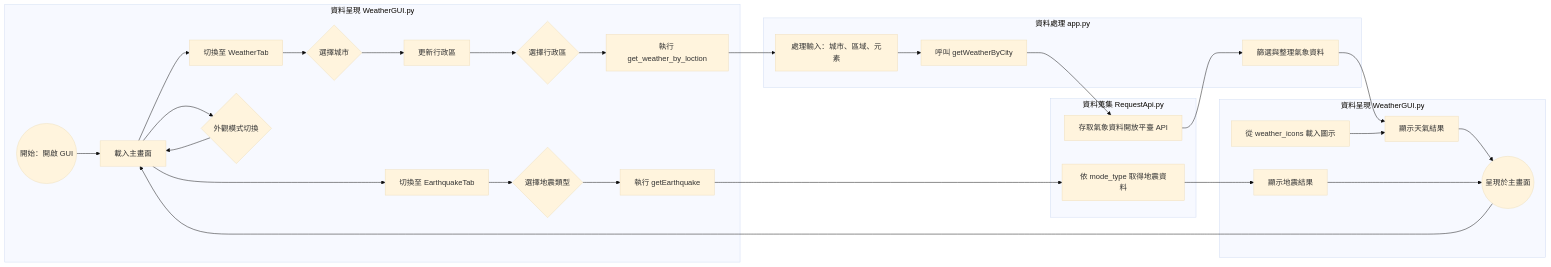
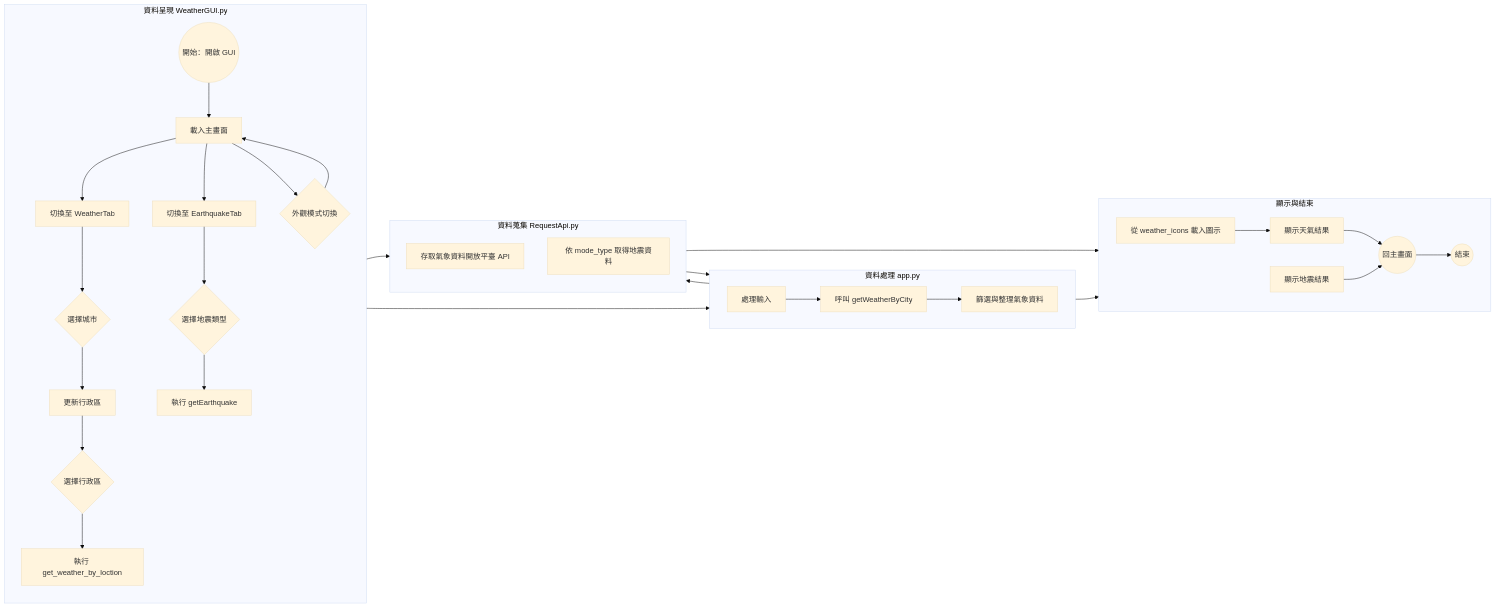
Before and after one commit to The-Hermit-IndieGames/NOU_Python_113-2_Meteorological: the diagram in README.md, drawn with Mermaid (base theme).

Commit message:
流程圖test2

````diff
--- a/README.md
+++ b/README.md
@@ -5,49 +5,53 @@
  ```mermaid
 flowchart LR
     %% 起點
     A((開始：開啟 GUI))
 
-    %% GUI 模組
-    subgraph 資料呈現 WeatherGUI.py
+    %% GUI 模組 - 垂直呈現
+    subgraph WeatherGUI.py[資料呈現 WeatherGUI.py]
+        direction TB
         A --> B[載入主畫面]
         B --> C[切換至 WeatherTab]
         B --> D[切換至 EarthquakeTab]
         B --> Z{外觀模式切換}
         Z --> B
-        
-        %% 天氣流程
+
+        %% 天氣操作流程
         C --> E{選擇城市}
         E --> F[更新行政區]
         F --> G{選擇行政區}
         G --> H[執行 get_weather_by_loction]
 
-        %% 地震流程
+        %% 地震操作流程
         D --> I{選擇地震類型}
         I --> J[執行 getEarthquake]
     end
 
-    %% 資料處理模組
-    subgraph 資料處理 app.py
-        H --> K[處理輸入：城市、區域、元素]
+    %% app.py 模組 - 水平排列
+    subgraph app.py[資料處理 app.py]
+        direction LR
+        H --> K[處理輸入]
         K --> L[呼叫 getWeatherByCity]
-        M[篩選與整理氣象資料]
+        L --> M[篩選與整理氣象資料]
     end
 
-    %% 資料蒐集模組
-    subgraph 資料蒐集 RequestApi.py
+    %% API 模組 - 垂直排列
+    subgraph RequestApi.py[資料蒐集 RequestApi.py]
+        direction TB
         L --> N[存取氣象資料開放平臺 API]
+        N --> M
         J --> O[依 mode_type 取得地震資料]
-        N --> M
     end
 
-    %% 顯示階段與結尾
-    subgraph 資料呈現 WeatherGUI.py
-    M --> P[顯示天氣結果]
+    %% 顯示結果與結尾 - 水平
+    subgraph 顯示與結束
+        direction LR
+        M --> P[顯示天氣結果]
         Q[從 weather_icons 載入圖示] --> P
         O --> R[顯示地震結果]
-        P --> S((呈現於主畫面))
+        P --> S((回主畫面))
         R --> S
-        S --> B
+        S --> T((結束))
     end
 
 ```
````
